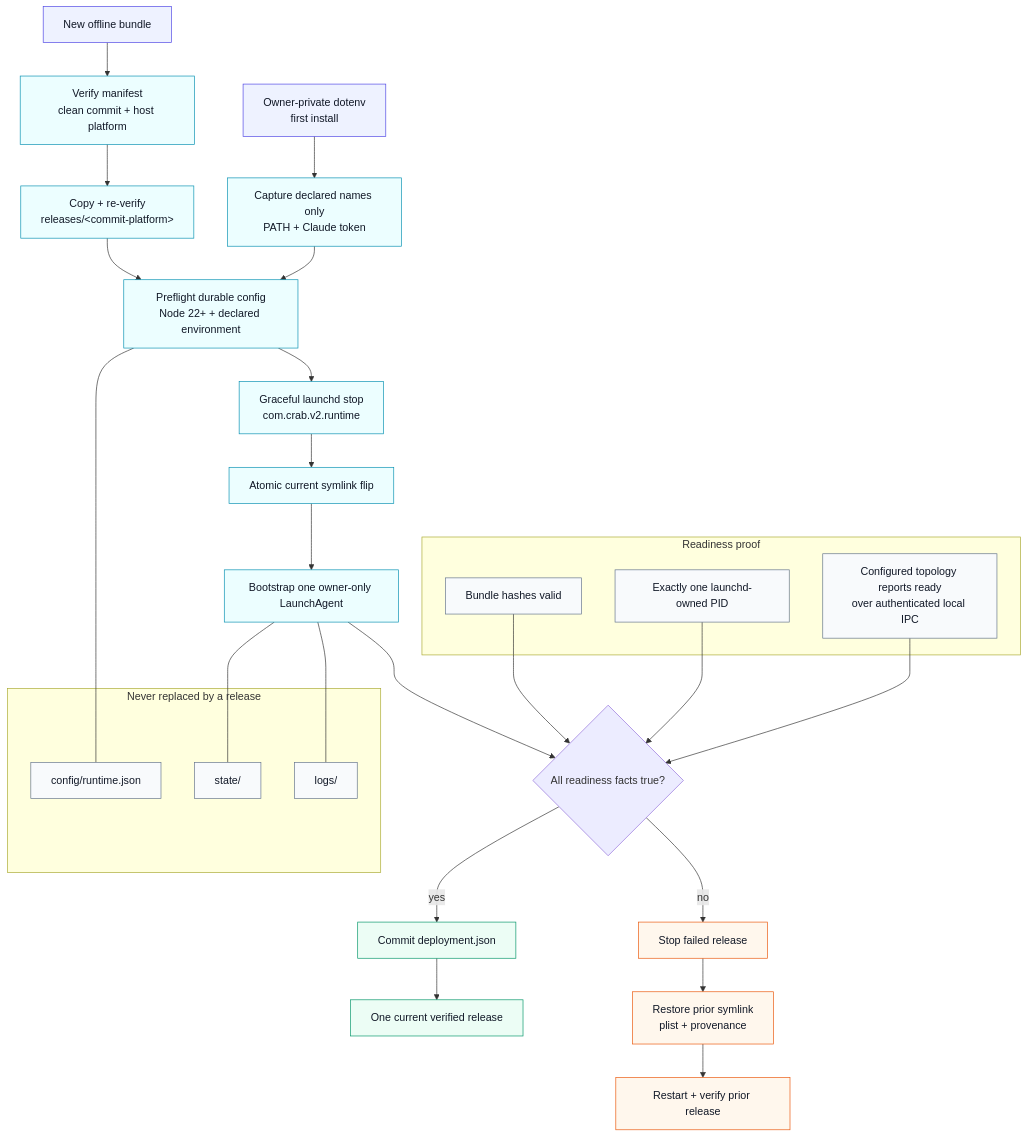
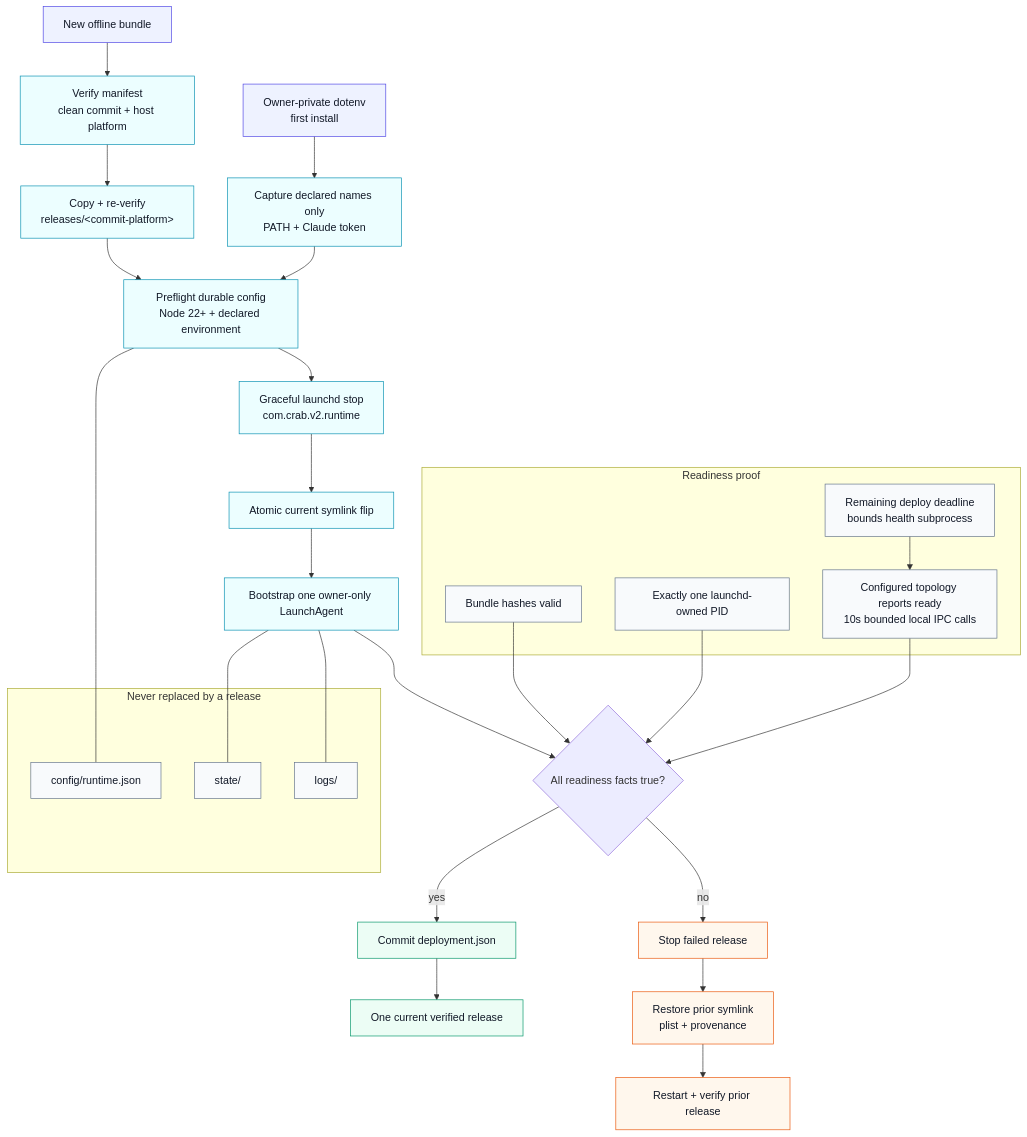
The diagram in v2/docs/runtime-deploy-flow.mmd (fontanierh/crab), drawn with Mermaid before and after one commit. The commit also changed 8 other files, not shown here.

Commit message:
fix(v2): bound local control plane calls (#290)

```diff
--- a/v2/docs/runtime-deploy-flow.mmd
+++ b/v2/docs/runtime-deploy-flow.mmd
@@ -1,46 +1,48 @@
 flowchart TB
     BUNDLE["New offline bundle"] --> VERIFY["Verify manifest<br/>clean commit + host platform"]
     VERIFY --> COPY["Copy + re-verify<br/>releases/&lt;commit-platform&gt;"]
     COPY --> PREFLIGHT["Preflight durable config<br/>Node 22+ + declared environment"]
     ENV["Owner-private dotenv<br/>first install"] --> CAPTURE["Capture declared names only<br/>PATH + Claude token"]
     CAPTURE --> PREFLIGHT
     PREFLIGHT --> STOP["Graceful launchd stop<br/>com.crab.v2.runtime"]
     STOP --> FLIP["Atomic current symlink flip"]
     FLIP --> START["Bootstrap one owner-only LaunchAgent"]
     START --> READY{"All readiness facts true?"}
 
     READY -->|yes| RECORD["Commit deployment.json"]
     RECORD --> LIVE["One current verified release"]
 
     READY -->|no| HALT["Stop failed release"]
     HALT --> RESTORE["Restore prior symlink<br/>plist + provenance"]
     RESTORE --> RESTART["Restart + verify prior release"]
 
     subgraph DURABLE["Never replaced by a release"]
         CONFIG["config/runtime.json"]
         STATE["state/"]
         LOGS["logs/"]
     end
     PREFLIGHT --- CONFIG
     START --- STATE
     START --- LOGS
 
     subgraph PROOF["Readiness proof"]
         HASH["Bundle hashes valid"]
         PID["Exactly one launchd-owned PID"]
-        IPC["Configured topology reports ready<br/>over authenticated local IPC"]
+        DEADLINE["Remaining deploy deadline<br/>bounds health subprocess"]
+        IPC["Configured topology reports ready<br/>10s bounded local IPC calls"]
     end
     HASH --> READY
     PID --> READY
+    DEADLINE --> IPC
     IPC --> READY
 
     classDef input fill:#eef2ff,stroke:#4f46e5,color:#111827;
     classDef action fill:#ecfeff,stroke:#0891b2,color:#111827;
     classDef durable fill:#f8fafc,stroke:#64748b,color:#111827;
     classDef success fill:#ecfdf5,stroke:#059669,color:#111827;
     classDef rollback fill:#fff7ed,stroke:#ea580c,color:#111827;
     class BUNDLE,ENV input;
     class VERIFY,COPY,CAPTURE,PREFLIGHT,STOP,FLIP,START action;
-    class CONFIG,STATE,LOGS,HASH,PID,IPC durable;
+    class CONFIG,STATE,LOGS,HASH,PID,DEADLINE,IPC durable;
     class RECORD,LIVE success;
     class HALT,RESTORE,RESTART rollback;
```
